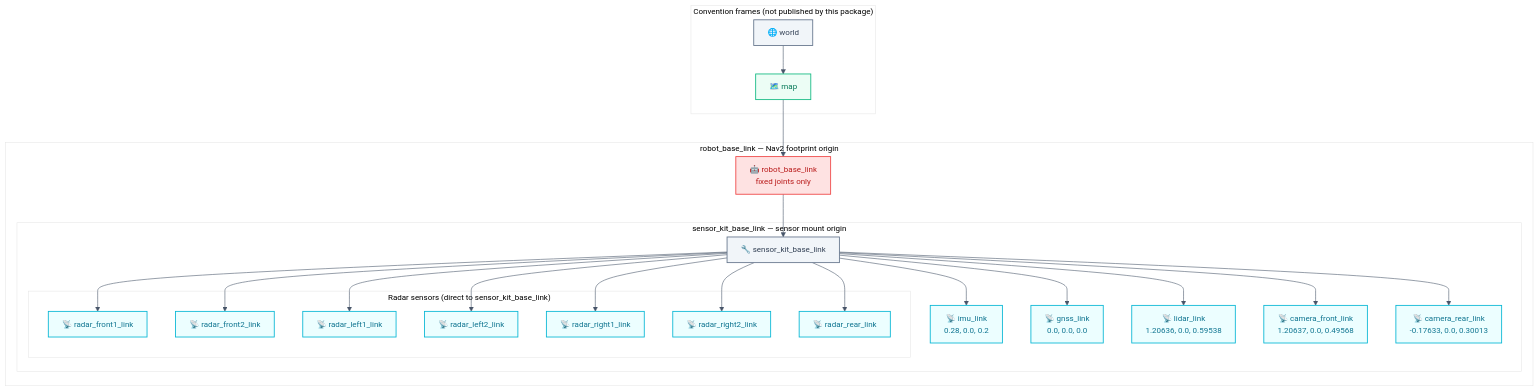
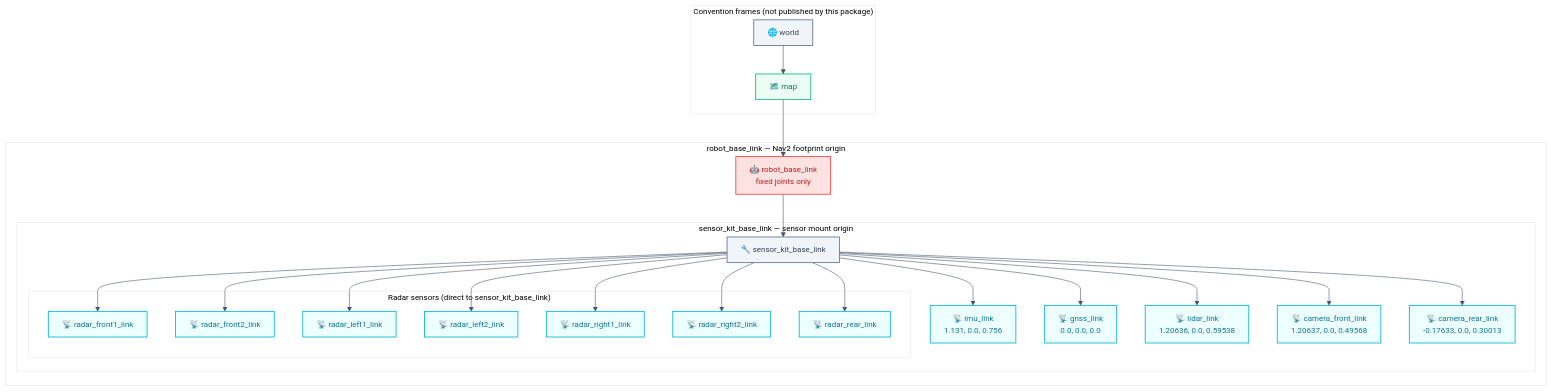
One commit to hwanhonglee/CAMROD changed the fourth of 4 diagrams in camrod_sensor_kit/README.md. Above: the diagram before and after it, drawn with Mermaid. The commit also changed other lines of this file and 8 other files, not shown here.

````diff
--- a/camrod_sensor_kit/README.md
+++ b/camrod_sensor_kit/README.md
@@ -142,40 +142,40 @@
 ```mermaid
 %%{init: {'theme': 'base', 'themeVariables': {'fontFamily': 'ui-sans-serif, system-ui, sans-serif', 'fontSize': '14px', 'primaryColor': '#F1F5F9', 'primaryTextColor': '#0F172A', 'primaryBorderColor': '#64748B', 'lineColor': '#475569'}, 'flowchart': {'curve': 'basis', 'htmlLabels': true, 'padding': 12}}}%%
 graph TD
   subgraph CONV["Convention frames (not published by this package)"]
     WORLD[🌐 world]:::system
     MAP[🗺️ map]:::localization
   end
   subgraph ROBOT["robot_base_link — Nav2 footprint origin"]
     BASE[🤖 robot_base_link\nfixed joints only]:::platform
     subgraph SKIT["sensor_kit_base_link — sensor mount origin"]
       SKB[🔧 sensor_kit_base_link]:::system
-      IMU[📡 imu_link\n0.28, 0.0, 0.2]:::sensing
+      IMU[📡 imu_link\n1.131, 0.0, 0.756]:::sensing
       GNSS[📡 gnss_link\n0.0, 0.0, 0.0]:::sensing
       LIDAR[📡 lidar_link\n1.20636, 0.0, 0.59538]:::sensing
       CAMF[📡 camera_front_link\n1.20637, 0.0, 0.49568]:::sensing
       CAMR[📡 camera_rear_link\n-0.17633, 0.0, 0.30013]:::sensing
       subgraph RADAR["Radar sensors (direct to sensor_kit_base_link)"]
         %% HH_260623 - Removed the old single-front radar frame; front1/front2 are canonical.
         RF1[📡 radar_front1_link]:::sensing
         RF2[📡 radar_front2_link]:::sensing
         RL1[📡 radar_left1_link]:::sensing
         RL2[📡 radar_left2_link]:::sensing
         RR1[📡 radar_right1_link]:::sensing
         RR2[📡 radar_right2_link]:::sensing
         RR[📡 radar_rear_link]:::sensing
       end
     end
   end
 
   WORLD --> MAP
   MAP --> BASE
   BASE --> SKB
   SKB --> IMU & GNSS & LIDAR & CAMF & CAMR
   SKB --> RF1 & RF2 & RL1 & RL2 & RR1 & RR2 & RR
 
   classDef sensing      fill:#ECFEFF,stroke:#06B6D4,stroke-width:1.5px,color:#0E7490;
   classDef localization fill:#ECFDF5,stroke:#10B981,stroke-width:1.5px,color:#047857;
   classDef platform     fill:#FEE2E2,stroke:#EF4444,stroke-width:1.5px,color:#B91C1C;
   classDef system       fill:#F1F5F9,stroke:#64748B,stroke-width:1.5px,color:#334155;
 ```
````
